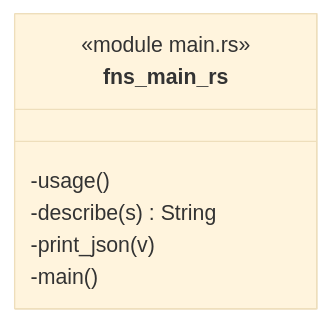
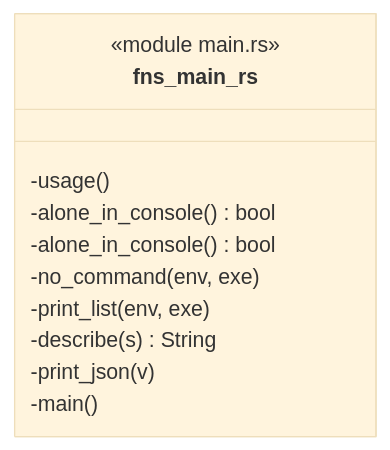
The diagram in docs/architecture/c4/4-code/connect/cli.md (p-j-r/nyx), drawn with Mermaid (base theme) before and after one commit. The commit also changed other lines of this file and 36 other files, not shown here.

````diff
--- a/docs/architecture/c4/4-code/connect/cli.md
+++ b/docs/architecture/c4/4-code/connect/cli.md
@@ -33,10 +33,14 @@
 ```mermaid
 classDiagram
   class fns_main_rs {
       <<module main.rs>>
       -usage()
+      -alone_in_console() bool
+      -alone_in_console() bool
+      -no_command(env, exe)
+      -print_list(env, exe)
       -describe(s) String
       -print_json(v)
       -main()
   }
 ```
````
